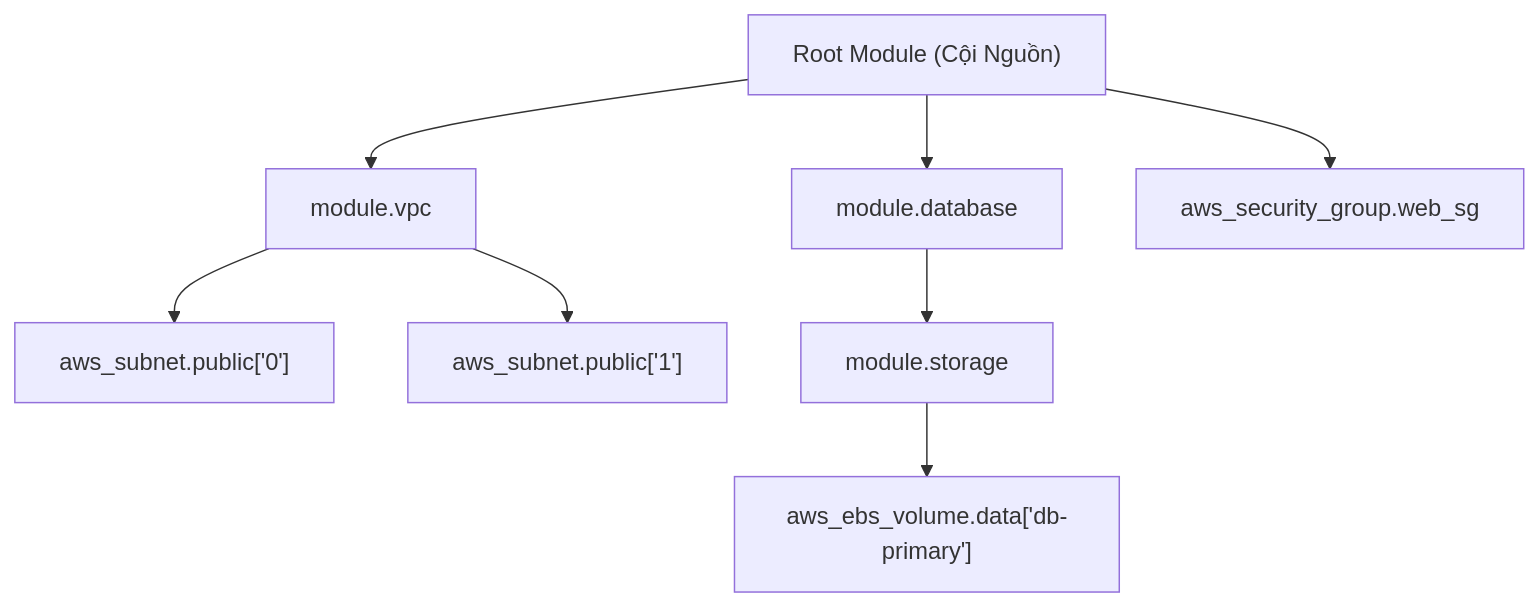
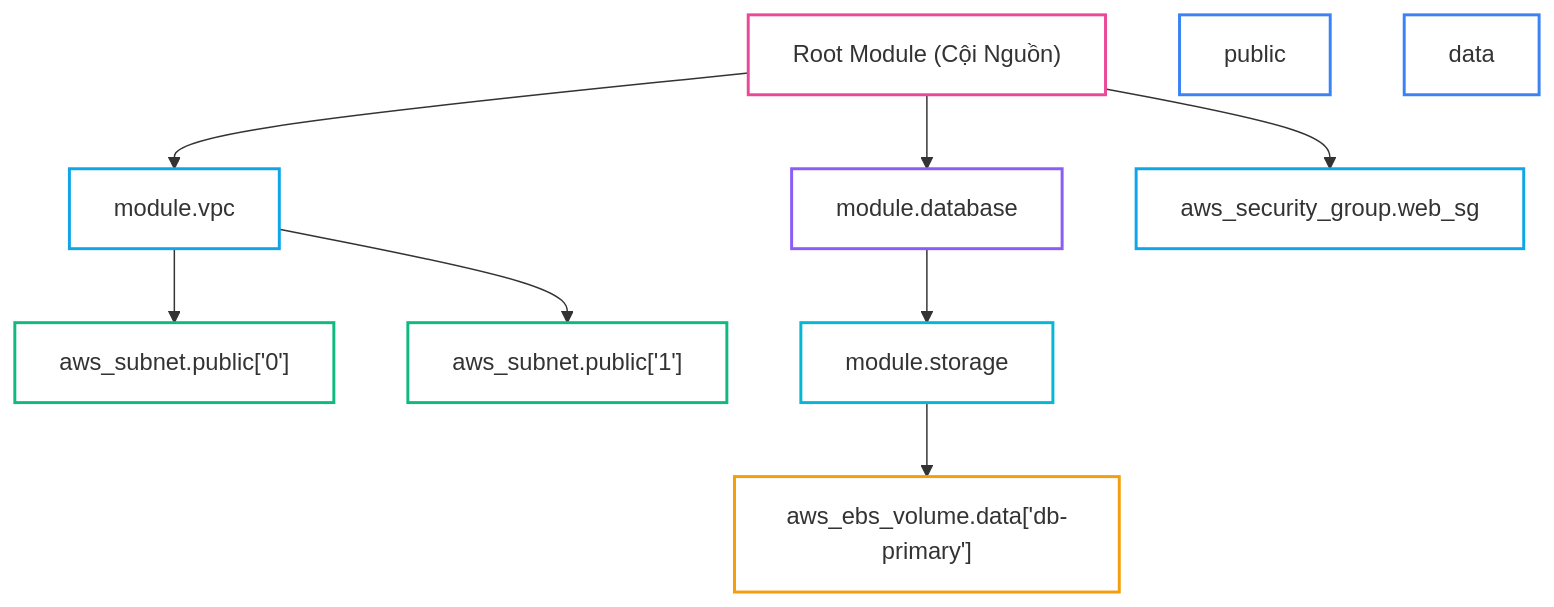
One commit to kiennt308/ntk changed the first of 5 diagrams in _posts/2026-09-13-terraform-08-08-phau-thuat-state-state-mv-rm-replace-declarative-import-giai-cuu-ha-tang.md. Above: the diagram before and after it, drawn with Mermaid. The commit also changed other lines of this file and 26 other files, not shown here.

Commit message:
style(terraform): standardize presentation, complete titles & summaries, tailor tldr, and optimize lab tables & mermaid across Bài 05 to Bài 31

````diff
--- a/_posts/2026-09-13-terraform-08-08-phau-thuat-state-state-mv-rm-replace-declarative-import-giai-cuu-ha-tang.md
+++ b/_posts/2026-09-13-terraform-08-08-phau-thuat-state-state-mv-rm-replace-declarative-import-giai-cuu-ha-tang.md
@@ -40,14 +40,23 @@
 ```mermaid
 graph TD
     Root["Root Module (Cội Nguồn)"] --> ModVPC["module.vpc"]
     Root --> ModDB["module.database"]
     Root --> StandaloneRes["aws_security_group.web_sg"]
 
     ModVPC --> Subnet0["aws_subnet.public['0']"]
     ModVPC --> Subnet1["aws_subnet.public['1']"]
     
     ModDB --> SubStorage["module.storage"]
     SubStorage --> Vol["aws_ebs_volume.data['db-primary']"]
 
-
+    style public fill:none,stroke:#3b82f6,stroke-width:2px
+    style StandaloneRes fill:none,stroke:#0ea5e9,stroke-width:2px
+    style Subnet0 fill:none,stroke:#10b981,stroke-width:2px
+    style Vol fill:none,stroke:#f59e0b,stroke-width:2px
+    style ModDB fill:none,stroke:#8b5cf6,stroke-width:2px
+    style Root fill:none,stroke:#ec4899,stroke-width:2px
+    style SubStorage fill:none,stroke:#06b6d4,stroke-width:2px
+    style data fill:none,stroke:#3b82f6,stroke-width:2px
+    style ModVPC fill:none,stroke:#0ea5e9,stroke-width:2px
+    style Subnet1 fill:none,stroke:#10b981,stroke-width:2px
 ```
````
